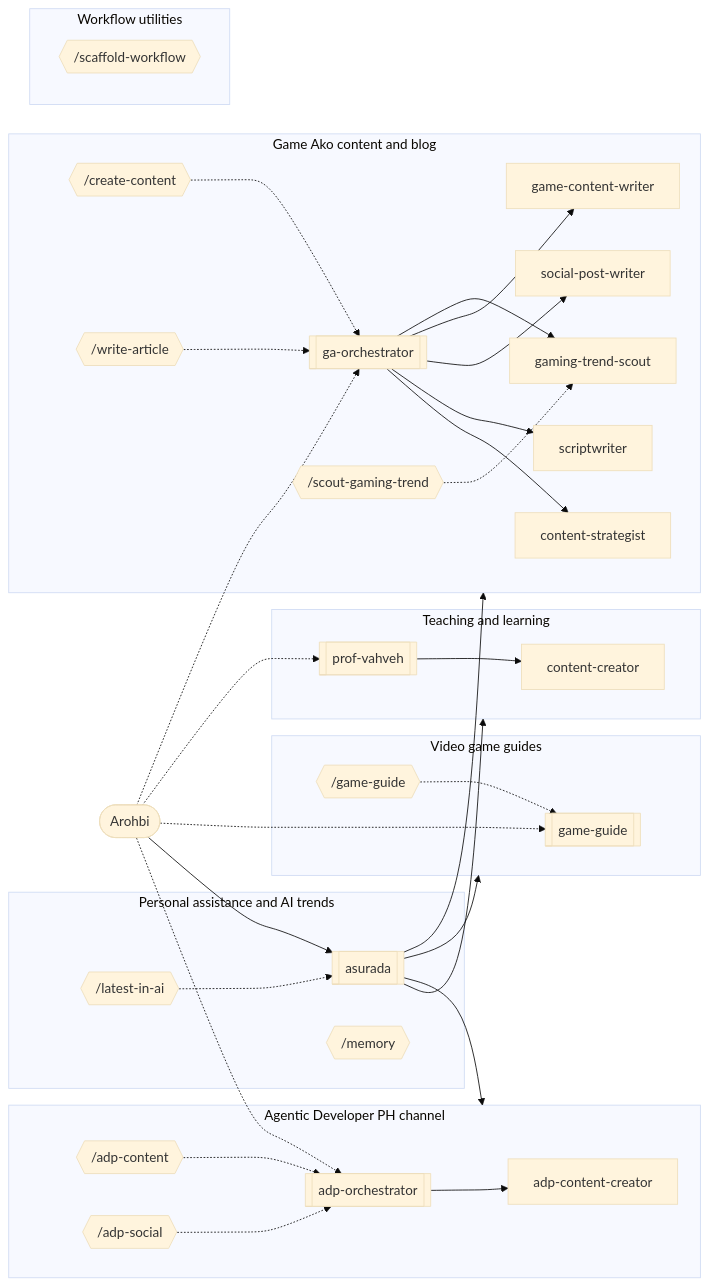
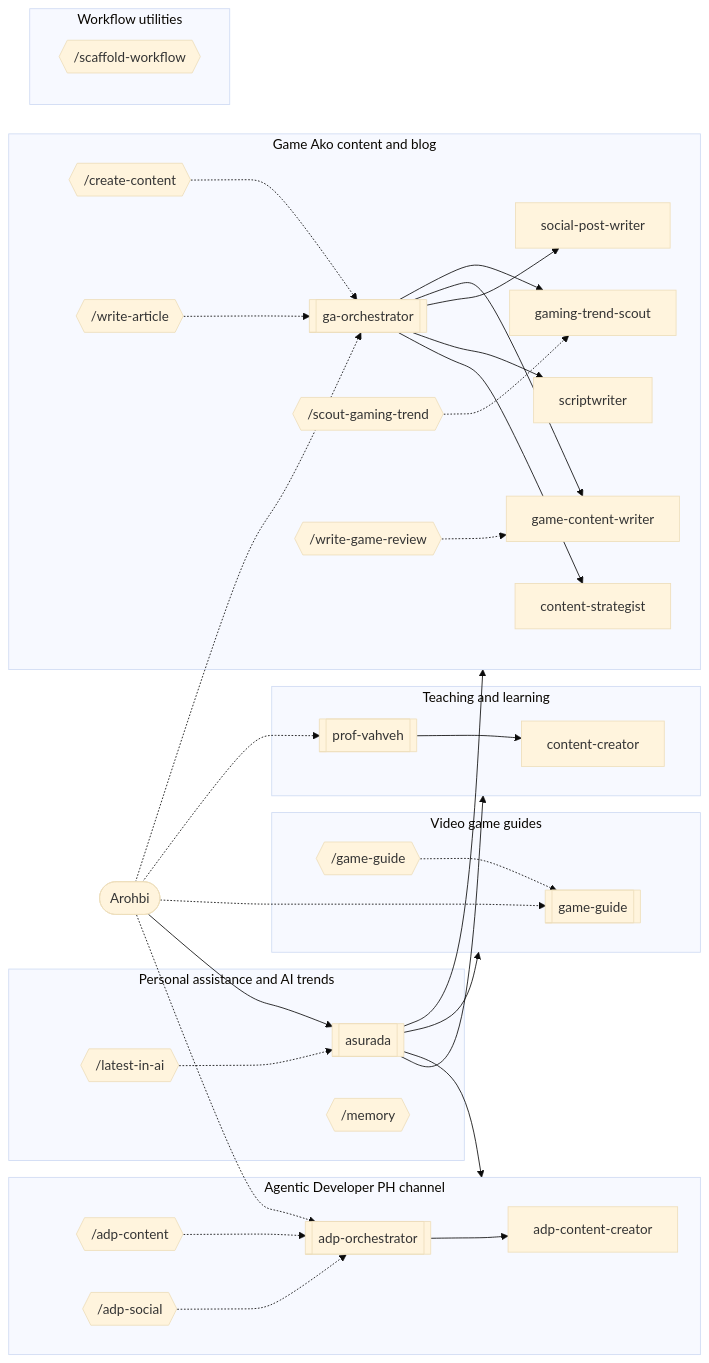
One commit to Game-Ako-Production/Personal-Agentic-Workflow changed the diagram in README.md. Above: the diagram before and after it, drawn with Mermaid (base theme). The commit also changed 50 other files, not shown here.

Commit message:
done: add dedicated game review workflow for game ako

````diff
--- a/README.md
+++ b/README.md
@@ -22,60 +22,62 @@
 ```mermaid
 flowchart LR
   user([Arohbi])
   subgraph domain_personal["Personal assistance and AI trends"]
     asurada[[asurada]]
     cmd_latest_in_ai{{"/latest-in-ai"}}
     cmd_memory{{"/memory"}}
   end
   subgraph domain_teaching["Teaching and learning"]
     content_creator[content-creator]
     prof_vahveh[[prof-vahveh]]
   end
   subgraph domain_agentic_developer_ph["Agentic Developer PH channel"]
     adp_content_creator[adp-content-creator]
     adp_orchestrator[[adp-orchestrator]]
     cmd_adp_content{{"/adp-content"}}
     cmd_adp_social{{"/adp-social"}}
   end
   subgraph domain_game_guide["Video game guides"]
     game_guide[[game-guide]]
     cmd_game_guide{{"/game-guide"}}
   end
   subgraph domain_game_ako["Game Ako content and blog"]
     content_strategist[content-strategist]
     ga_orchestrator[[ga-orchestrator]]
     game_content_writer[game-content-writer]
     gaming_trend_scout[gaming-trend-scout]
     scriptwriter[scriptwriter]
     social_post_writer[social-post-writer]
     cmd_create_content{{"/create-content"}}
     cmd_scout_gaming_trend{{"/scout-gaming-trend"}}
     cmd_write_article{{"/write-article"}}
+    cmd_write_game_review{{"/write-game-review"}}
   end
   subgraph domain_utility["Workflow utilities"]
     cmd_scaffold_workflow{{"/scaffold-workflow"}}
   end
   user --> asurada
   user -.-> adp_orchestrator
   user -.-> ga_orchestrator
   user -.-> game_guide
   user -.-> prof_vahveh
   adp_orchestrator --> adp_content_creator
   asurada --> domain_teaching
   asurada --> domain_agentic_developer_ph
   asurada --> domain_game_guide
   asurada --> domain_game_ako
   ga_orchestrator --> content_strategist
   ga_orchestrator --> scriptwriter
   ga_orchestrator --> social_post_writer
   ga_orchestrator --> game_content_writer
   ga_orchestrator --> gaming_trend_scout
   prof_vahveh --> content_creator
   cmd_adp_content -.-> adp_orchestrator
   cmd_adp_social -.-> adp_orchestrator
   cmd_create_content -.-> ga_orchestrator
   cmd_game_guide -.-> game_guide
   cmd_latest_in_ai -.-> asurada
   cmd_scout_gaming_trend -.-> gaming_trend_scout
   cmd_write_article -.-> ga_orchestrator
+  cmd_write_game_review -.-> game_content_writer
 ```
````
